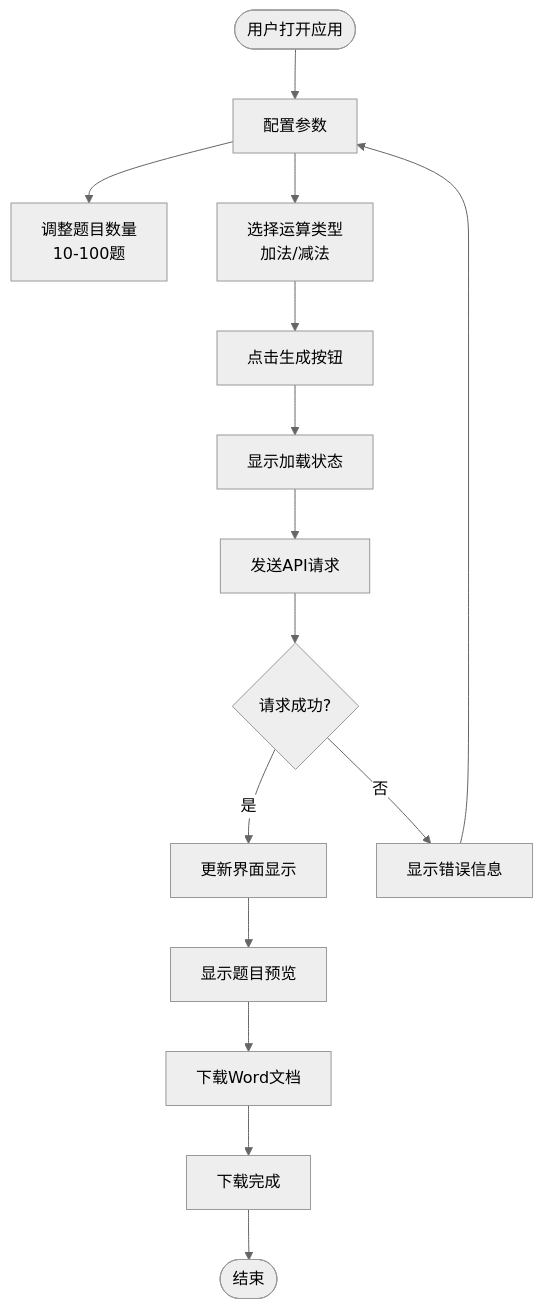
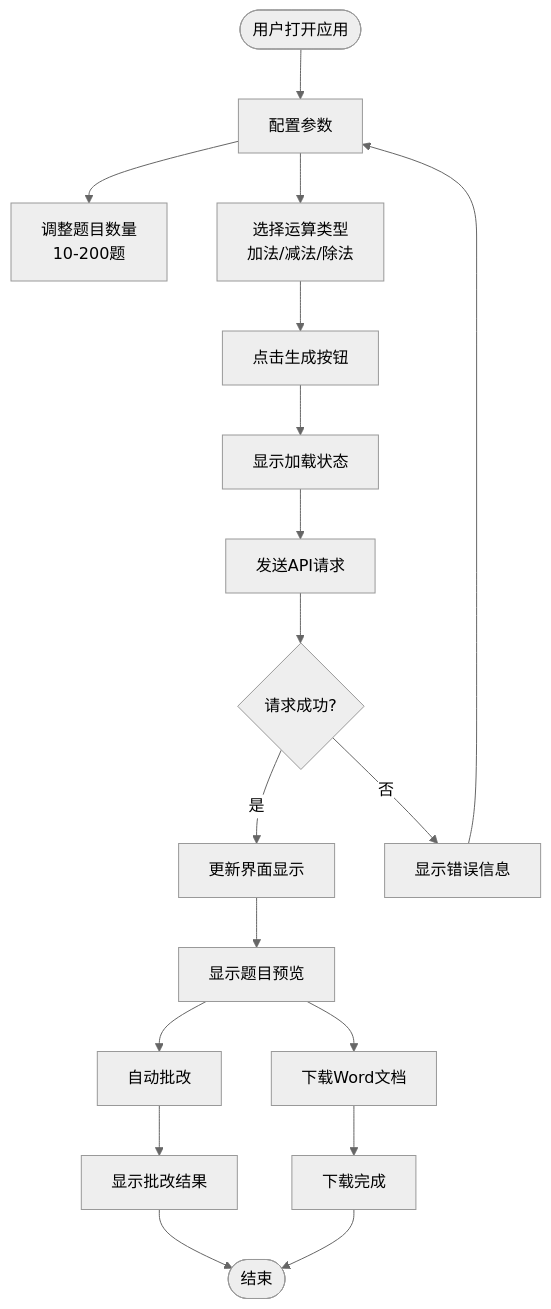
One commit to SimonWHL/math-learning changed the seventh of 9 diagrams in .qoder/repowiki/zh/content/项目结构/核心生成器.md. Above: the diagram before and after it, drawn with Mermaid (neutral theme). The commit also changed other lines of this file and 17 other files, not shown here.

````diff
--- a/.qoder/repowiki/zh/content/项目结构/核心生成器.md
+++ b/.qoder/repowiki/zh/content/项目结构/核心生成器.md
@@ -220,17 +290,20 @@
 ```mermaid
 flowchart TD
 Start([用户打开应用]) --> Config[配置参数]
-Config --> Range[调整题目数量<br/>10-100题]
-Config --> Ops[选择运算类型<br/>加法/减法]
+Config --> Range[调整题目数量<br/>10-200题]
+Config --> Ops[选择运算类型<br/>加法/减法/除法]
 Ops --> Generate[点击生成按钮]
 Generate --> Loading[显示加载状态]
 Loading --> APIRequest[发送API请求]
 APIRequest --> Success{请求成功?}
 Success --> |是| UpdateUI[更新界面显示]
 Success --> |否| ShowError[显示错误信息]
 UpdateUI --> Preview[显示题目预览]
 Preview --> Download[下载Word文档]
+Preview --> Grade[自动批改]
 Download --> Complete[下载完成]
+Grade --> Result[显示批改结果]
+Result --> End([结束])
 ShowError --> Config
-Complete --> End([结束])
+Complete --> End
 ```
````
